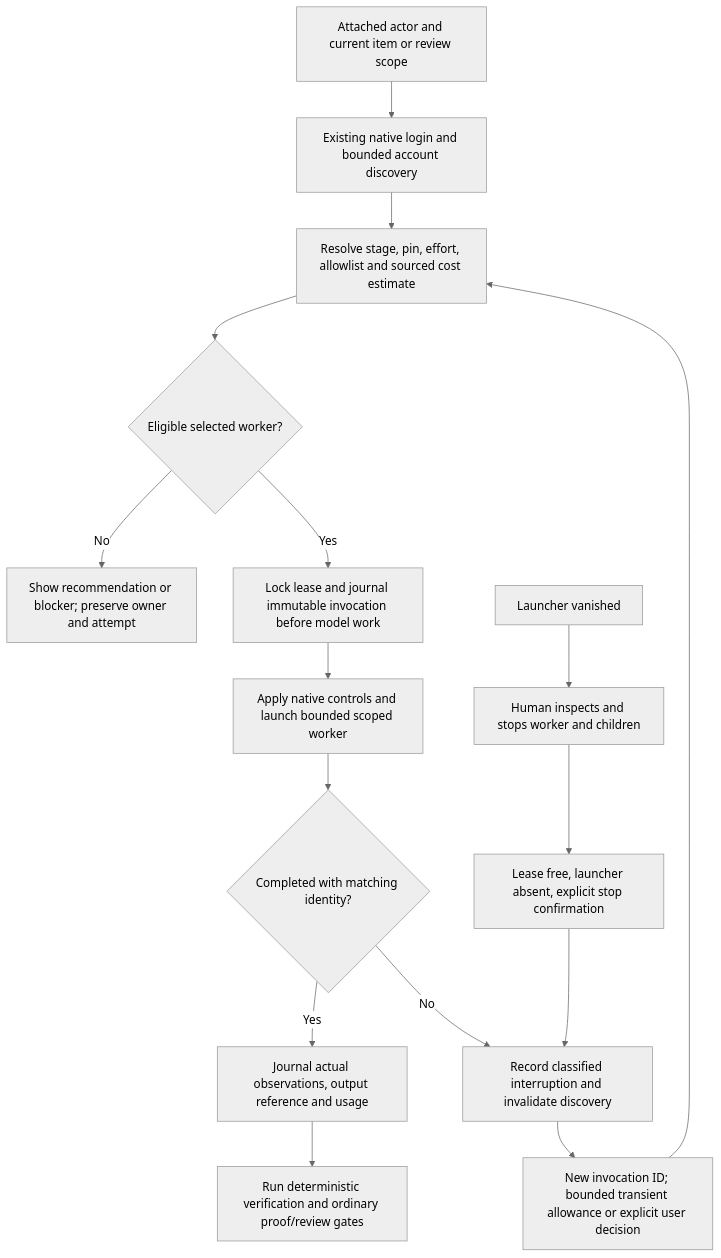
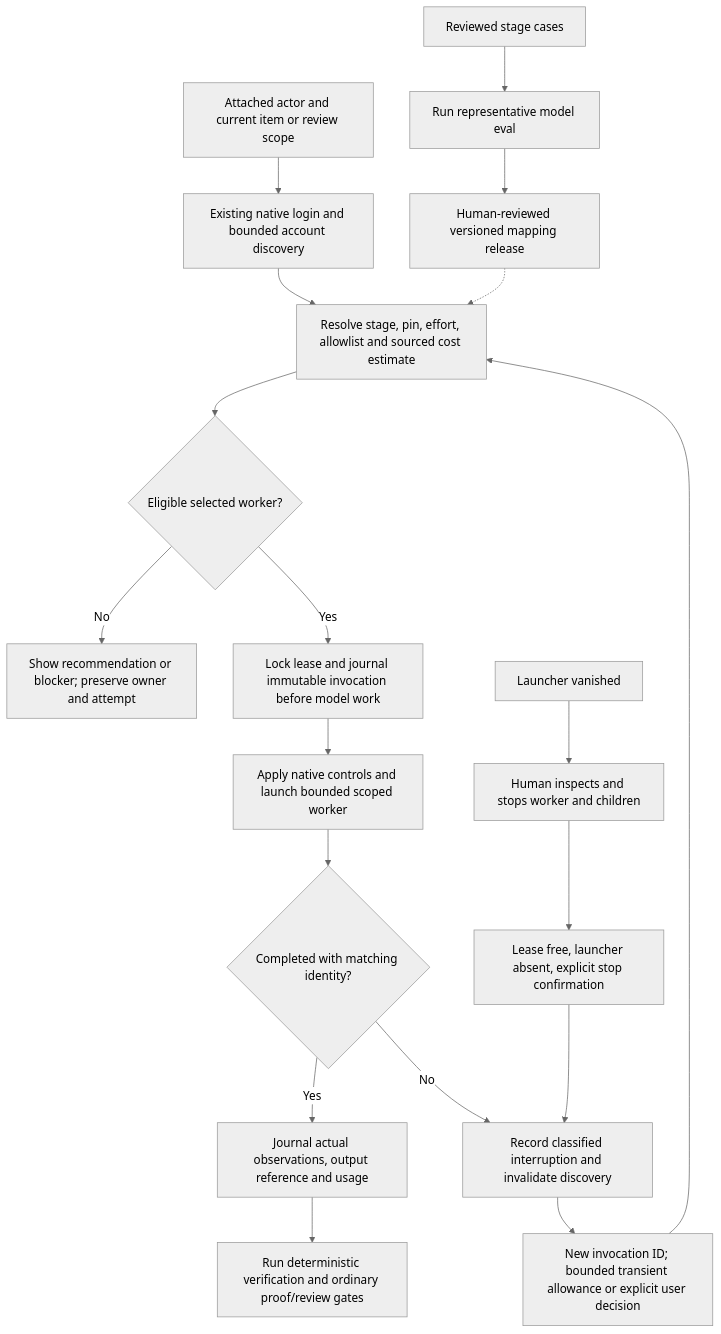
Before and after one commit to wgentil/devflow: the diagram in docs/native-models.md, drawn with Mermaid (neutral theme). The commit also changed other lines of this file and 19 other files, not shown here.

````diff
--- a/docs/native-models.md
+++ b/docs/native-models.md
@@ -25,18 +34,21 @@
 ```mermaid
 flowchart TD
     scope[Attached actor and current item or review scope] --> discover[Existing native login and bounded account discovery]
     discover --> policy[Resolve stage, pin, effort, allowlist and sourced cost estimate]
+    cases[Reviewed stage cases] --> eval[Run representative model eval]
+    eval --> release[Human-reviewed versioned mapping release]
+    release -.-> policy
     policy --> blocked{Eligible selected worker?}
     blocked -->|No| pause[Show recommendation or blocker; preserve owner and attempt]
     blocked -->|Yes| start[Lock lease and journal immutable invocation before model work]
     start --> native[Apply native controls and launch bounded scoped worker]
     native --> result{Completed with matching identity?}
     result -->|Yes| receipt[Journal actual observations, output reference and usage]
     result -->|No| interrupted[Record classified interruption and invalidate discovery]
     interrupted --> replacement[New invocation ID; bounded transient allowance or explicit user decision]
     replacement --> policy
     receipt --> proof[Run deterministic verification and ordinary proof/review gates]
     orphan[Launcher vanished] --> inspect[Human inspects and stops worker and children]
     inspect --> reconcile[Lease free, launcher absent, explicit stop confirmation]
     reconcile --> interrupted
 ```
````
